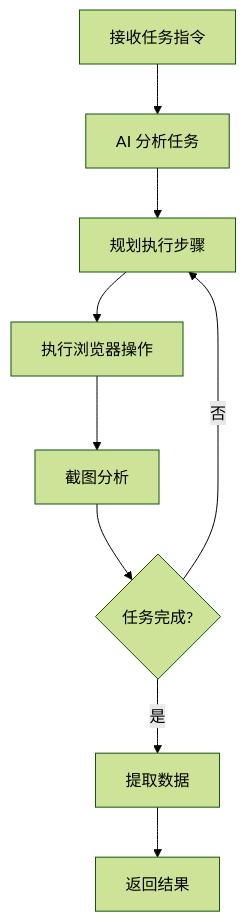
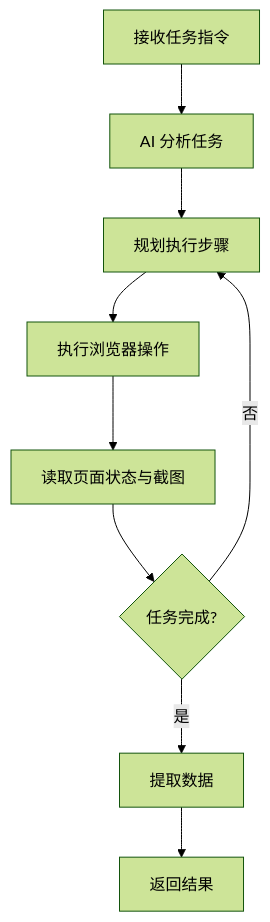
Before and after one commit to YunYouJun/ai: the diagram in docs/tools/browser-use.md, drawn with Mermaid (forest theme). The commit also changed other lines of this file and 4 other files, not shown here.

````diff
--- a/docs/tools/browser-use.md
+++ b/docs/tools/browser-use.md
@@ -231,11 +305,11 @@
 ```mermaid
 graph TD
     A[接收任务指令] --> B[AI 分析任务]
     B --> C[规划执行步骤]
     C --> D[执行浏览器操作]
-    D --> E[截图分析]
+    D --> E[读取页面状态与截图]
     E --> F{任务完成?}
     F -->|否| C
     F -->|是| G[提取数据]
     G --> H[返回结果]
 ```
````
